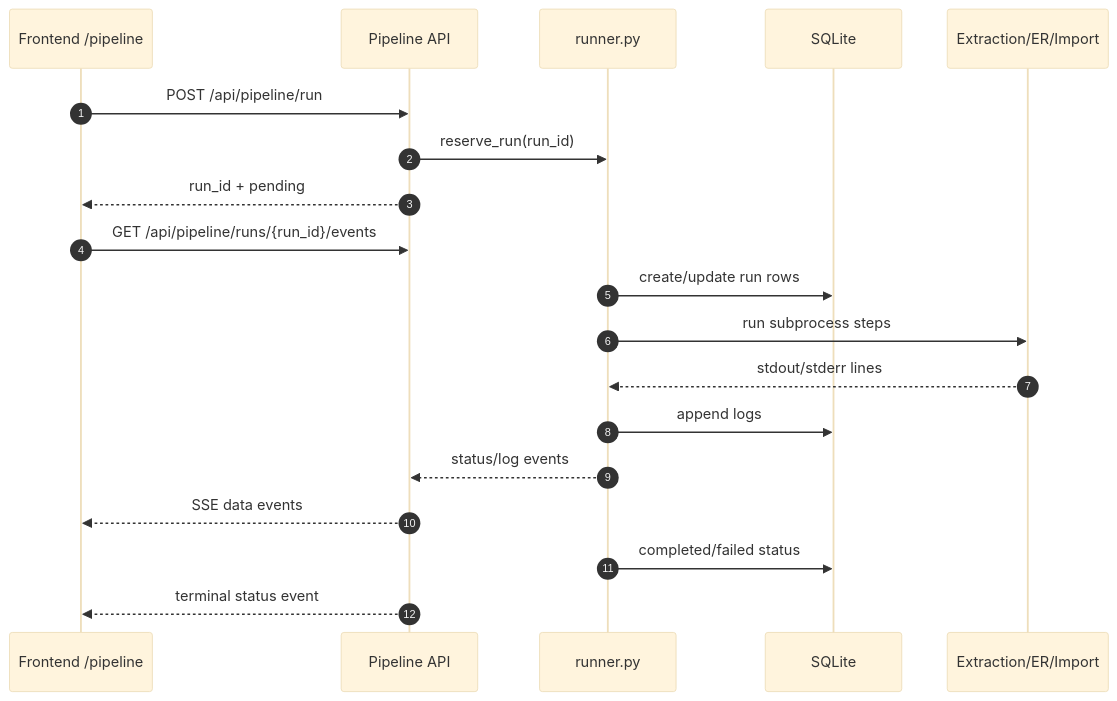
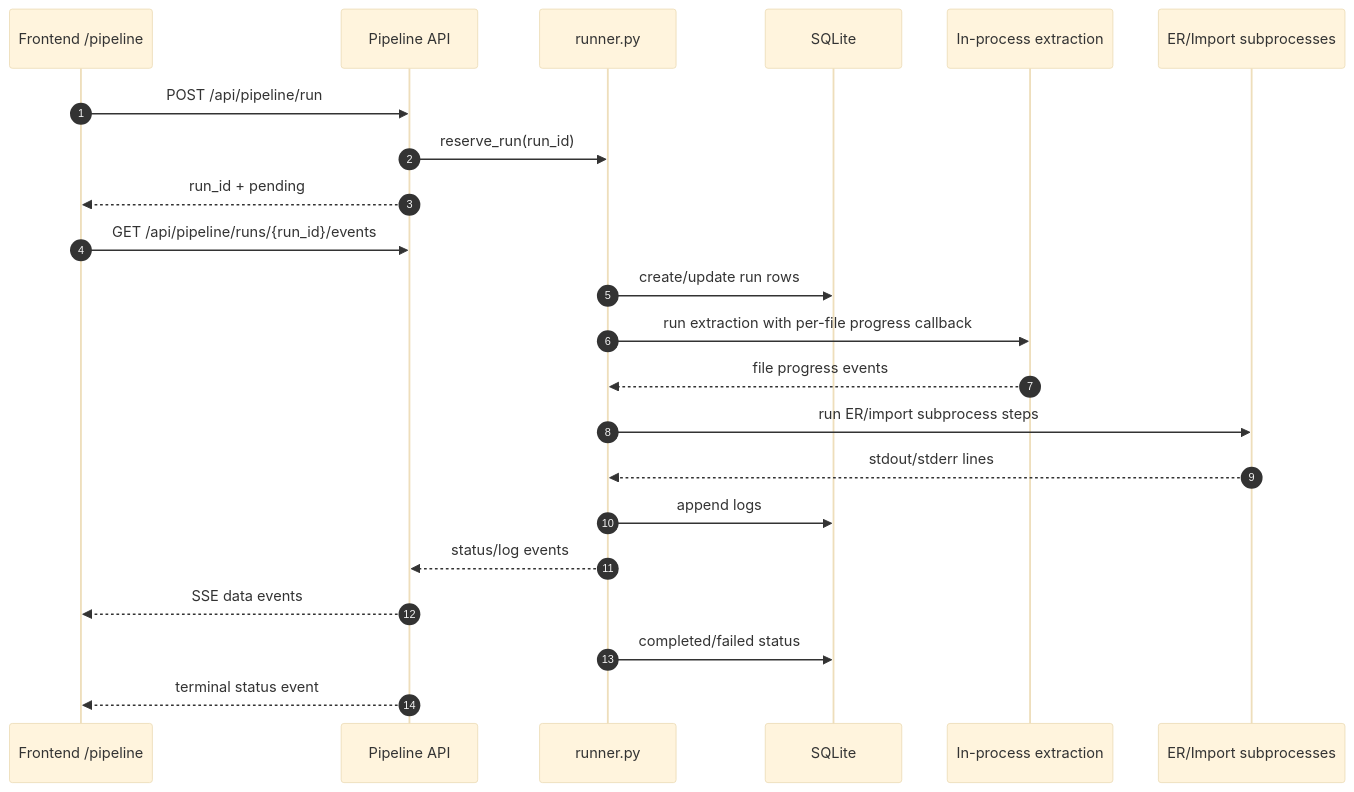
Before and after one commit to quyen20345/KGsAuto: the third of 3 diagrams in apps/pipeline_api/README.md, drawn with Mermaid (base theme). The commit also changed other lines of this file and 129 other files, not shown here.

````diff
--- a/apps/pipeline_api/README.md
+++ b/apps/pipeline_api/README.md
@@ -103,24 +103,27 @@
 ```mermaid
 sequenceDiagram
     autonumber
     participant UI as Frontend /pipeline
     participant API as Pipeline API
     participant Runner as runner.py
     participant DB as SQLite
-    participant Services as Extraction/ER/Import
+    participant Core as In-process extraction
+    participant Services as ER/Import subprocesses
 
     UI->>API: POST /api/pipeline/run
     API->>Runner: reserve_run(run_id)
     API-->>UI: run_id + pending
     UI->>API: GET /api/pipeline/runs/{run_id}/events
 
     Runner->>DB: create/update run rows
-    Runner->>Services: run subprocess steps
+    Runner->>Core: run extraction with per-file progress callback
+    Core-->>Runner: file progress events
+    Runner->>Services: run ER/import subprocess steps
     Services-->>Runner: stdout/stderr lines
     Runner->>DB: append logs
     Runner-->>API: status/log events
     API-->>UI: SSE data events
 
     Runner->>DB: completed/failed status
     API-->>UI: terminal status event
 ```
````
